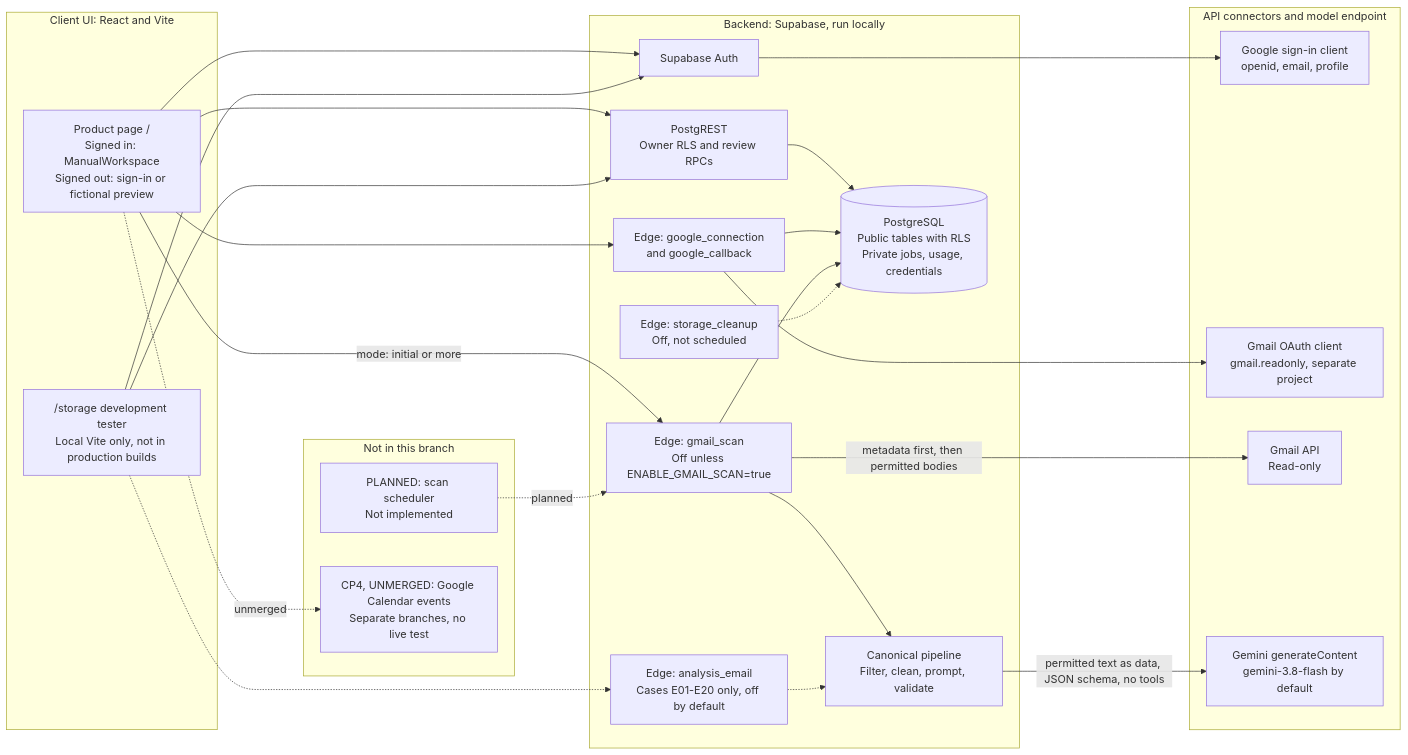
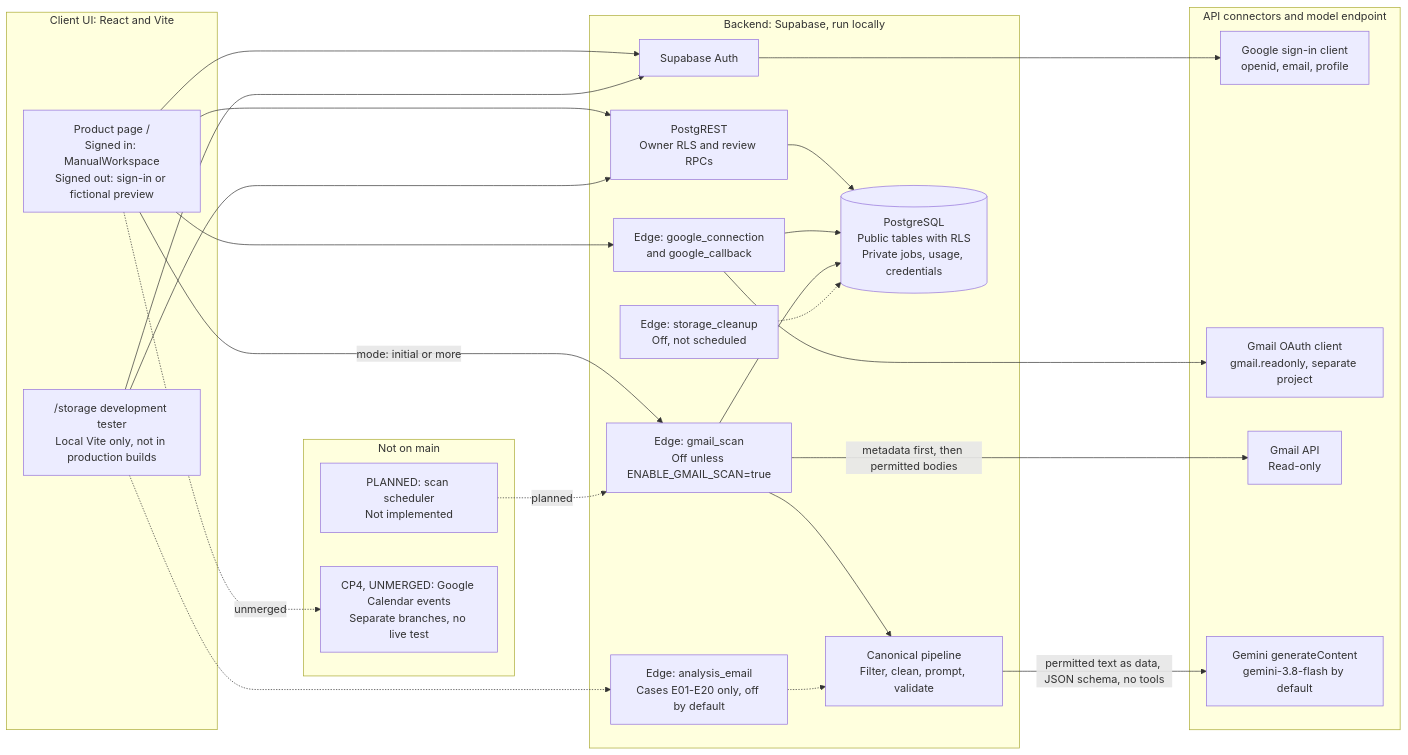
The first of 2 diagrams in Checkpoint 3/docs/architecture.md (saniashah012/InboxToTask), drawn with Mermaid before and after one commit. The commit also changed other lines of this file and 11 other files, not shown here.

````diff
--- a/Checkpoint 3/docs/architecture.md
+++ b/Checkpoint 3/docs/architecture.md
@@ -21,50 +21,50 @@
 ```mermaid
 flowchart LR
   subgraph Client["Client UI: React and Vite"]
     Product["Product page /<br/>Signed in: ManualWorkspace<br/>Signed out: sign-in or fictional preview"]
     Dev["/storage development tester<br/>Local Vite only, not in production builds"]
   end
 
   subgraph Backend["Backend: Supabase, run locally"]
     Auth["Supabase Auth"]
     Rest["PostgREST<br/>Owner RLS and review RPCs"]
     Connect["Edge: google_connection<br/>and google_callback"]
     Scan["Edge: gmail_scan<br/>Off unless ENABLE_GMAIL_SCAN=true"]
     Pipeline["Canonical pipeline<br/>Filter, clean, prompt, validate"]
     Fixture["Edge: analysis_email<br/>Cases E01-E20 only, off by default"]
     Cleanup["Edge: storage_cleanup<br/>Off, not scheduled"]
     DB[("PostgreSQL<br/>Public tables with RLS<br/>Private jobs, usage, credentials")]
   end
 
   subgraph External["API connectors and model endpoint"]
     SignIn["Google sign-in client<br/>openid, email, profile"]
     GmailOAuth["Gmail OAuth client<br/>gmail.readonly, separate project"]
     GmailAPI["Gmail API<br/>Read-only"]
     Gemini["Gemini generateContent<br/>gemini-3.8-flash by default"]
   end
 
-  subgraph Absent["Not in this branch"]
+  subgraph Absent["Not on main"]
     Scheduler["PLANNED: scan scheduler<br/>Not implemented"]
     Calendar["CP4, UNMERGED: Google Calendar events<br/>Separate branches, no live test"]
   end
 
   Product --> Auth
   Dev --> Auth
   Auth --> SignIn
   Product --> Rest
   Dev --> Rest
   Rest --> DB
   Product --> Connect
   Connect --> GmailOAuth
   Connect --> DB
   Product -- "mode: initial or more" --> Scan
   Scan --> DB
   Scan -- "metadata first, then permitted bodies" --> GmailAPI
   Scan --> Pipeline
   Pipeline -- "permitted text as data, JSON schema, no tools" --> Gemini
   Dev -.-> Fixture
   Fixture -.-> Pipeline
   Cleanup -.-> DB
   Scheduler -. "planned" .-> Scan
   Product -. "unmerged" .-> Calendar
 ```
````
